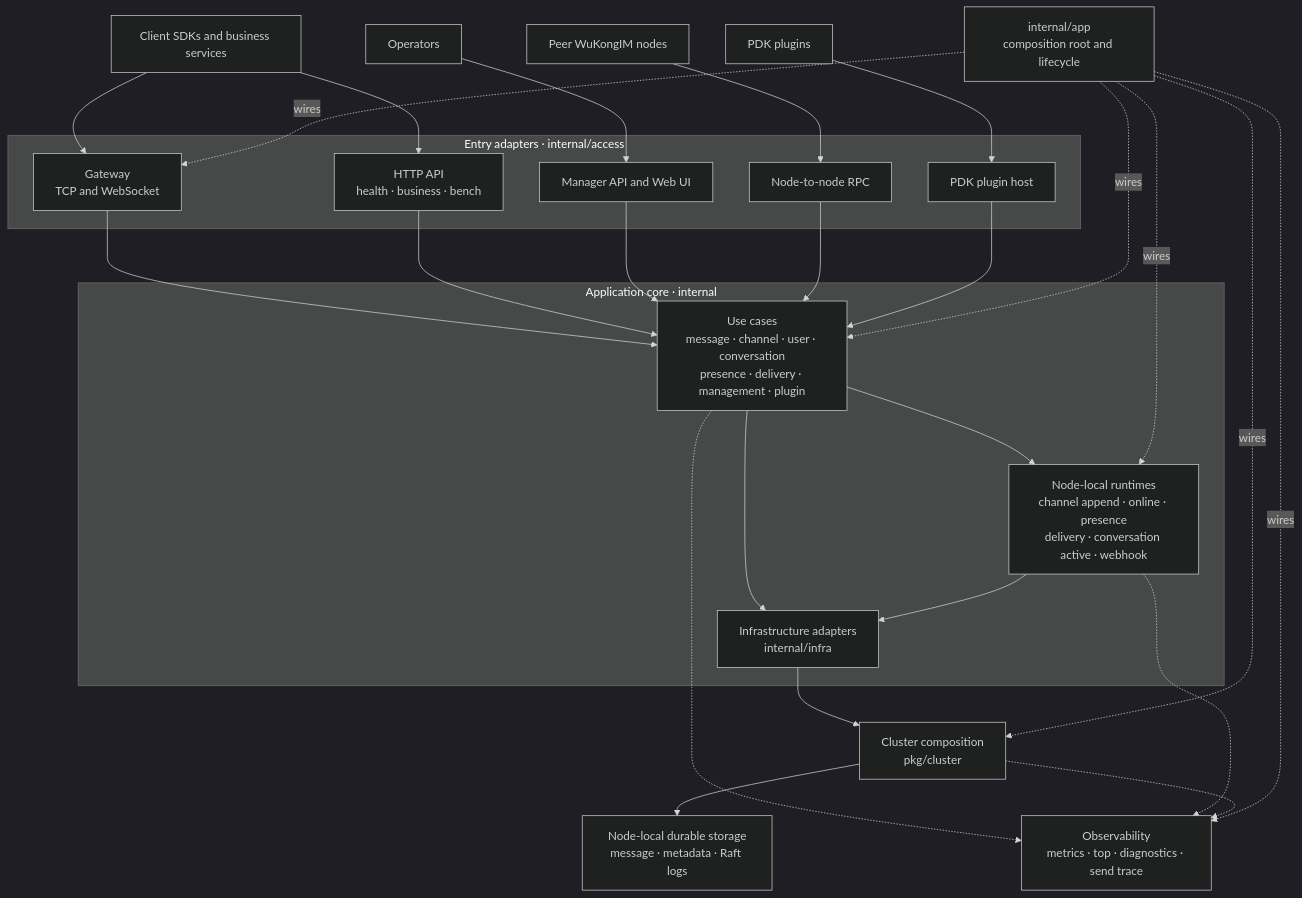
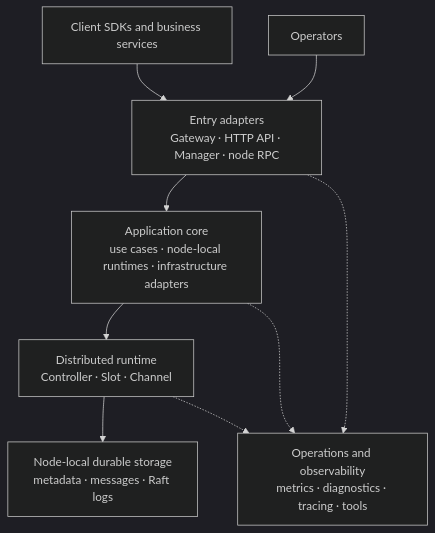
One commit to WuKongIM/WuKongIM changed the diagram in README.md. Above: the diagram before and after it, drawn with Mermaid (dark theme). The commit also changed other lines of this file and 1 other file, not shown here.

````diff
--- a/README.md
+++ b/README.md
@@ -71,50 +127,19 @@
 ```mermaid
 flowchart TB
     Client["Client SDKs and business services"]
     Operator["Operators"]
-    Plugin["PDK plugins"]
-    Peer["Peer WuKongIM nodes"]
+    Access["Entry adapters<br/>Gateway · HTTP API · Manager · node RPC"]
+    Core["Application core<br/>use cases · node-local runtimes · infrastructure adapters"]
+    Cluster["Distributed runtime<br/>Controller · Slot · Channel"]
+    Storage["Node-local durable storage<br/>metadata · messages · Raft logs"]
+    Observe["Operations and observability<br/>metrics · diagnostics · tracing · tools"]
 
-    subgraph Access["Entry adapters · internal/access"]
-        Gateway["Gateway<br/>TCP and WebSocket"]
-        API["HTTP API<br/>health · business · bench"]
-        Manager["Manager API and Web UI"]
-        NodeRPC["Node-to-node RPC"]
-        PluginHost["PDK plugin host"]
-    end
-
-    subgraph Core["Application core · internal"]
-        Usecase["Use cases<br/>message · channel · user · conversation<br/>presence · delivery · management · plugin"]
-        Runtime["Node-local runtimes<br/>channel append · online · presence<br/>delivery · conversation active · webhook"]
-        Infra["Infrastructure adapters<br/>internal/infra"]
-    end
-
-    Cluster["Cluster composition<br/>pkg/cluster"]
-    Storage["Node-local durable storage<br/>message · metadata · Raft logs"]
-    Observe["Observability<br/>metrics · top · diagnostics · send trace"]
-    App["internal/app<br/>composition root and lifecycle"]
-
-    Client --> Gateway
-    Client --> API
-    Operator --> Manager
-    Plugin --> PluginHost
-    Peer --> NodeRPC
-    Gateway --> Usecase
-    API --> Usecase
-    Manager --> Usecase
-    NodeRPC --> Usecase
-    PluginHost --> Usecase
-    Usecase --> Runtime
-    Usecase --> Infra
-    Runtime --> Infra
-    Infra --> Cluster
+    Client --> Access
+    Operator --> Access
+    Access --> Core
+    Core --> Cluster
     Cluster --> Storage
-    Usecase -.-> Observe
-    Runtime -.-> Observe
+    Access -.-> Observe
+    Core -.-> Observe
     Cluster -.-> Observe
-    App -.->|wires| Gateway
-    App -.->|wires| Usecase
-    App -.->|wires| Runtime
-    App -.->|wires| Cluster
-    App -.->|wires| Observe
 ```
````
